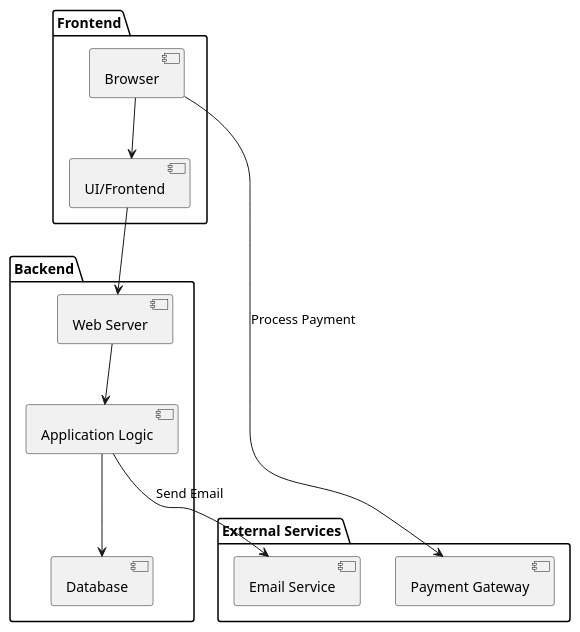
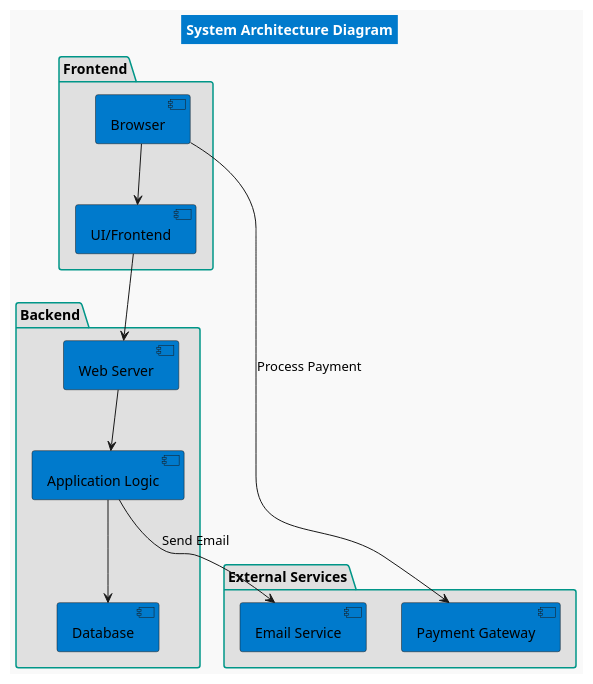
The diagram in company_profile/component_diagram.md (k4ilham/Unified-Modeling-Language-plantuml), drawn with PlantUML before and after one commit. The commit also changed 19 other files, not shown here.

```diff
--- a/company_profile/component_diagram.md
+++ b/company_profile/component_diagram.md
@@ -1,20 +1,45 @@
 @startuml
+title System Architecture Diagram
+
+' Style settings
+skinparam backgroundColor #F9F9F9
+skinparam package {
+  BackgroundColor #E0E0E0
+  BorderColor #009688
+}
+skinparam class {
+  BackgroundColor #FFFFFF
+  BorderColor #007ACC
+  FontColor #333333
+}
+skinparam title {
+  BackgroundColor #007ACC
+  FontColor #FFFFFF
+}
+
+' Diagram content
 package "Frontend" {
-    [Browser] --> [UI/Frontend]
+    [Browser] as Browser
+    [UI/Frontend] as UIFrontend
+    Browser --> UIFrontend
 }
 
 package "Backend" {
-    [UI/Frontend] --> [Web Server]
-    [Web Server] --> [Application Logic]
-    [Application Logic] --> [Database]
+    [Web Server] as WebServer
+    [Application Logic] as AppLogic
+    [Database] as Database
+
+    UIFrontend --> WebServer
+    WebServer --> AppLogic
+    AppLogic --> Database
 }
 
 package "External Services" {
-    [Payment Gateway]
-    [Email Service]
+    [Payment Gateway] as PaymentGateway
+    [Email Service] as EmailService
 }
 
-[Browser] --> [Payment Gateway] : Process Payment
-[Application Logic] --> [Email Service] : Send Email
+Browser --> PaymentGateway : Process Payment
+AppLogic --> EmailService : Send Email
 
 @enduml
```
